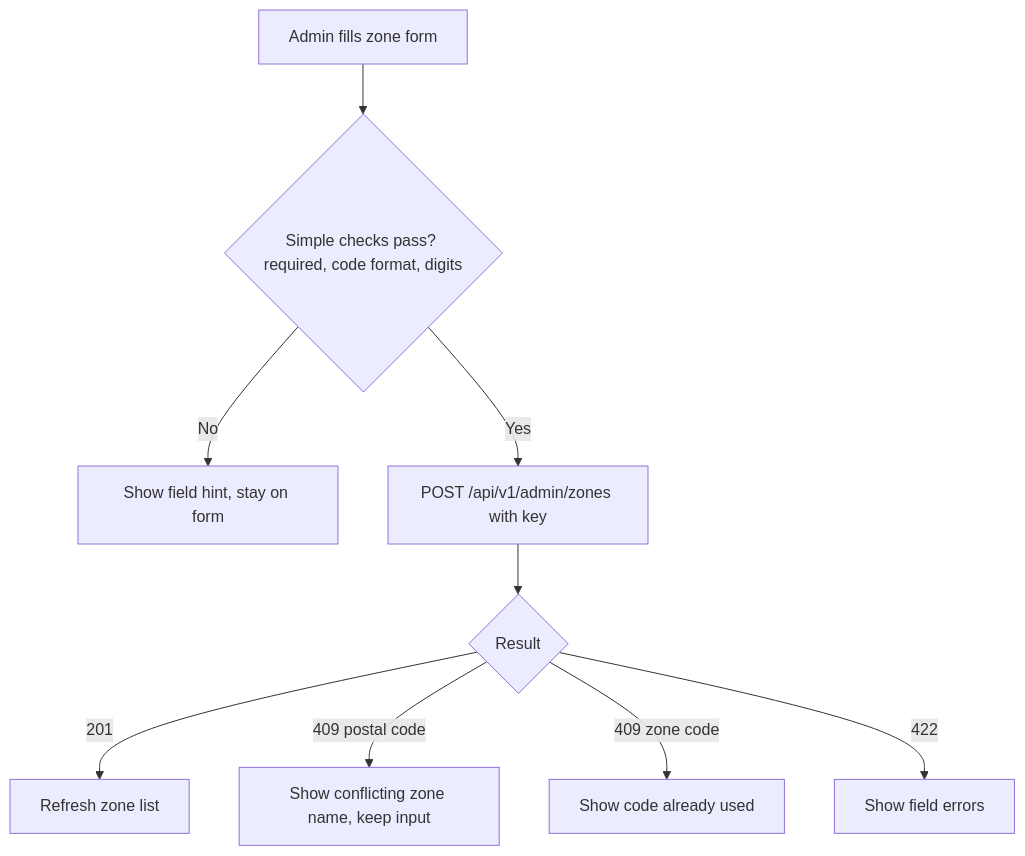
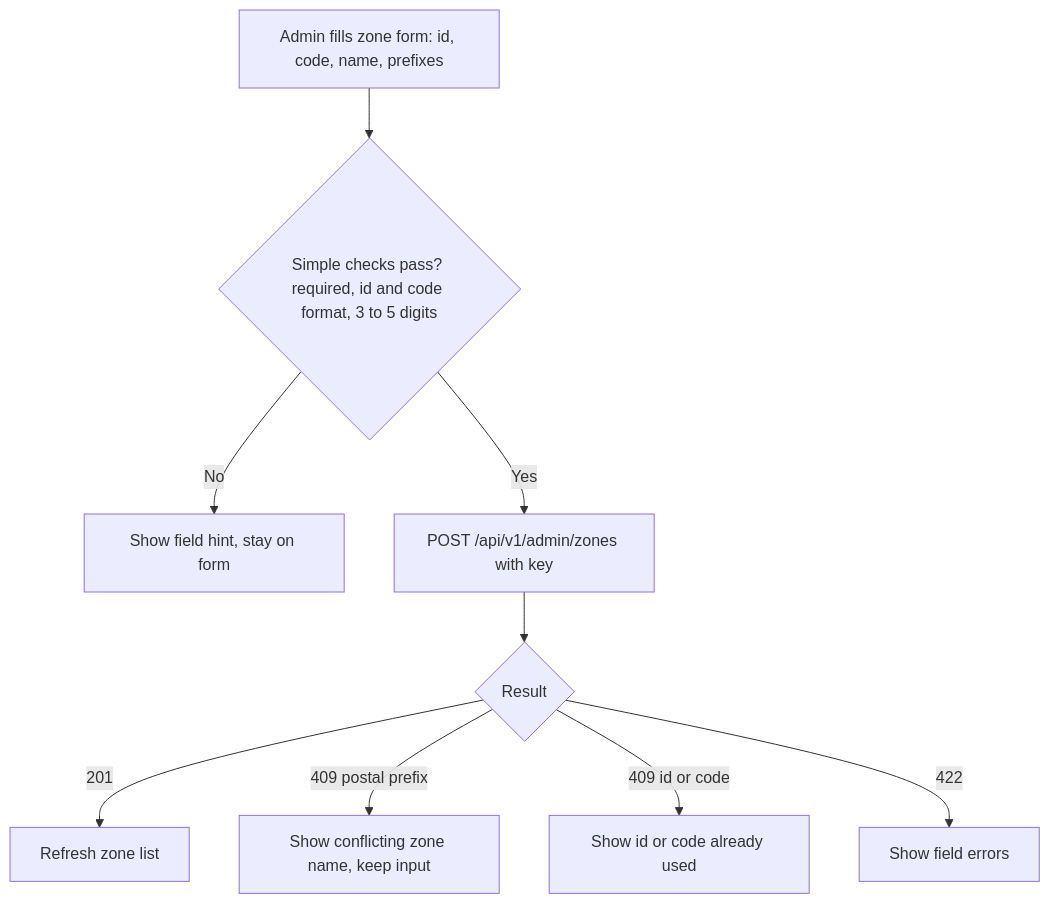
Diagram 25 of 55 in docs/drafts/member-07-dispatcher-admin-web-gateway/doc-02-functional-flows-and-business-rules.md (phantomTroupeEAD/SwiftDrop), drawn with Mermaid before and after one commit. The commit also changed other lines of this file and 125 other files, not shown here.

````diff
--- a/docs/drafts/member-07-dispatcher-admin-web-gateway/doc-02-functional-flows-and-business-rules.md
+++ b/docs/drafts/member-07-dispatcher-admin-web-gateway/doc-02-functional-flows-and-business-rules.md
@@ -820,11 +823,11 @@
 ```mermaid
 flowchart TD
-    A["Admin fills zone form"] --> B{"Simple checks pass? required, code format, digits"}
+    A["Admin fills zone form: id, code, name, prefixes"] --> B{"Simple checks pass? required, id and code format, 3 to 5 digits"}
     B -- "No" --> C["Show field hint, stay on form"]
     B -- "Yes" --> D["POST /api/v1/admin/zones with key"]
     D --> E{"Result"}
     E -- "201" --> F["Refresh zone list"]
-    E -- "409 postal code" --> G["Show conflicting zone name, keep input"]
-    E -- "409 zone code" --> H["Show code already used"]
+    E -- "409 postal prefix" --> G["Show conflicting zone name, keep input"]
+    E -- "409 id or code" --> H["Show id or code already used"]
     E -- "422" --> I["Show field errors"]
 ```
````
